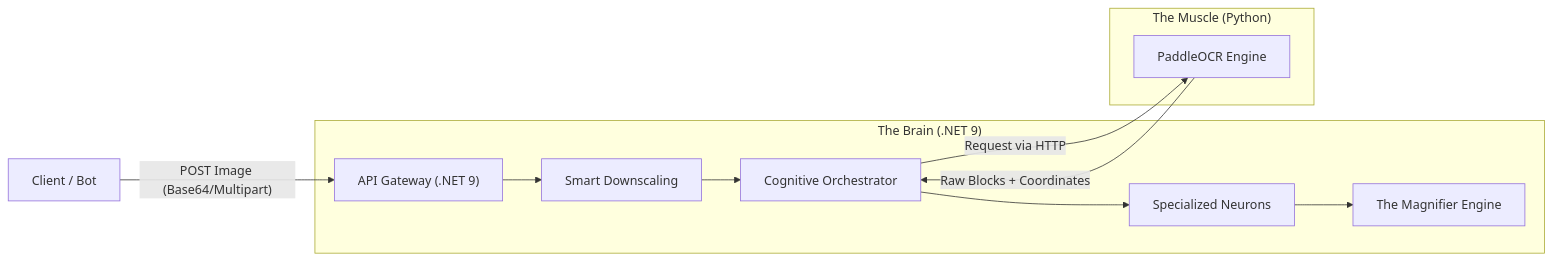
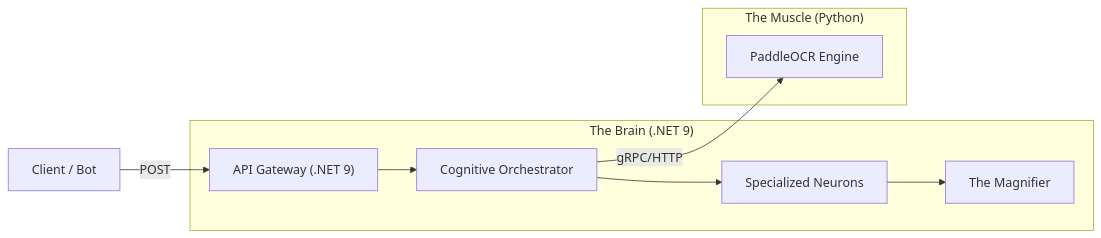
The diagram in README.md (feels-dev/RokVision), drawn with Mermaid before and after one commit. The commit also changed other lines of this file and 42 other files, not shown here.

````diff
--- a/README.md
+++ b/README.md
@@ -58,16 +53,12 @@
 ```mermaid
 graph LR
-    User["Client / Bot"] -->|"POST Image (Base64/Multipart)"| API["API Gateway (.NET 9)"]
-    
+    User["Client / Bot"] -->|"POST"| API["API Gateway (.NET 9)"]
     subgraph "The Brain (.NET 9)"
-        API --> Logic[Smart Downscaling]
-        Logic --> Orchestrator[Cognitive Orchestrator]
+        API --> Orchestrator[Cognitive Orchestrator]
         Orchestrator --> Neurons[Specialized Neurons]
-        Neurons --> Magnifier[The Magnifier Engine]
+        Neurons --> Magnifier[The Magnifier]
     end
-    
     subgraph "The Muscle (Python)"
-        Orchestrator -->|"Request via HTTP"| OCR[PaddleOCR Engine]
-        OCR -->|"Raw Blocks + Coordinates"| Orchestrator
+        Orchestrator -->|"gRPC/HTTP"| OCR[PaddleOCR Engine]
     end
 ```
````
